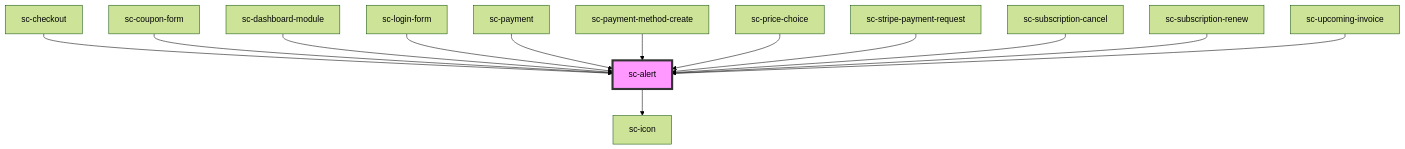
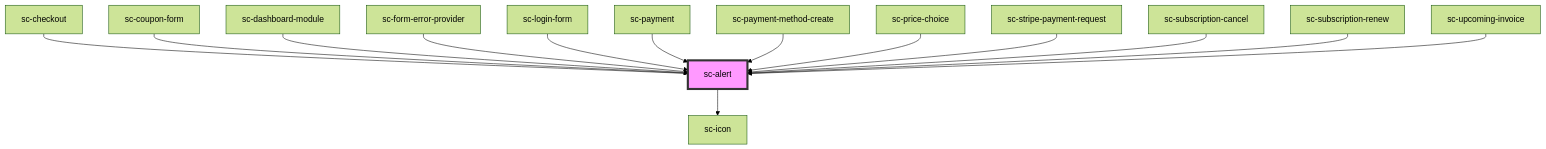
One commit to surecart/surecart-wp-plugin changed the diagram in packages/components/src/components/ui/alert/readme.md. Above: the diagram before and after it, drawn with Mermaid (forest theme). The commit also changed other lines of this file and 14 other files, not shown here.

````diff
--- a/packages/components/src/components/ui/alert/readme.md
+++ b/packages/components/src/components/ui/alert/readme.md
@@ -82,16 +83,17 @@
 ```mermaid
 graph TD;
   sc-alert --> sc-icon
   sc-checkout --> sc-alert
   sc-coupon-form --> sc-alert
   sc-dashboard-module --> sc-alert
+  sc-form-error-provider --> sc-alert
   sc-login-form --> sc-alert
   sc-payment --> sc-alert
   sc-payment-method-create --> sc-alert
   sc-price-choice --> sc-alert
   sc-stripe-payment-request --> sc-alert
   sc-subscription-cancel --> sc-alert
   sc-subscription-renew --> sc-alert
   sc-upcoming-invoice --> sc-alert
   style sc-alert fill:#f9f,stroke:#333,stroke-width:4px
 ```
````
